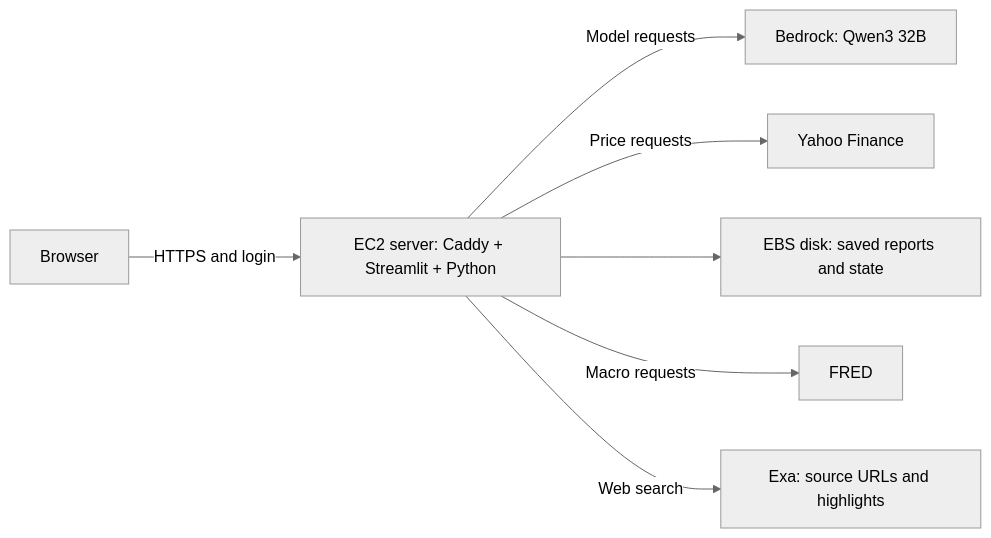
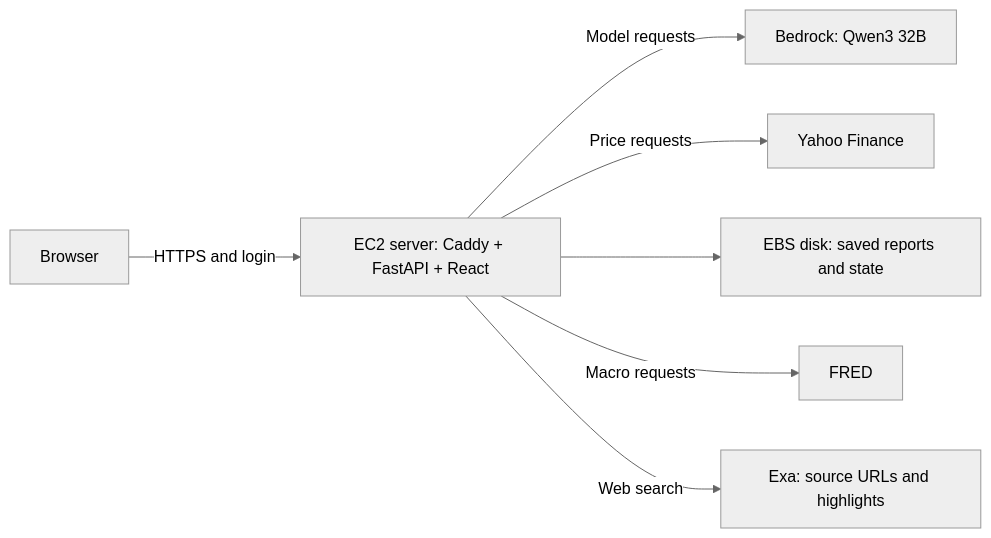
One commit to asugar13/agentic-financial-research changed the first of 2 diagrams in deployment/README.md. Above: the diagram before and after it, drawn with Mermaid (neutral theme). The commit also changed other lines of this file and 8 other files, not shown here.

````diff
--- a/deployment/README.md
+++ b/deployment/README.md
@@ -7,9 +8,9 @@
 ```mermaid
 flowchart LR
-    Browser -->|HTTPS and login| Server["EC2 server: Caddy + Streamlit + Python"]
+    Browser -->|HTTPS and login| Server["EC2 server: Caddy + FastAPI + React"]
     Server -->|Model requests| Bedrock["Bedrock: Qwen3 32B"]
     Server -->|Price requests| Yahoo["Yahoo Finance"]
     Server --> Disk["EBS disk: saved reports and state"]
     Server -->|Macro requests| FRED["FRED"]
     Server -->|Web search| Exa["Exa: source URLs and highlights"]
 ```
````
